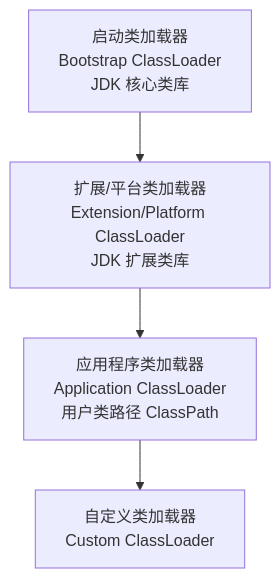
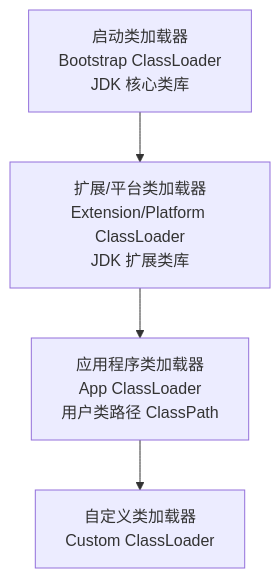
The first of 2 diagrams in docs/writings/JVM/class-loading.md (gelald/javrin), drawn with Mermaid before and after one commit. The commit also changed other lines of this file and 1 other file, not shown here.

````diff
--- a/docs/writings/JVM/class-loading.md
+++ b/docs/writings/JVM/class-loading.md
@@ -202,12 +202,12 @@
 ```mermaid
 graph TB
     Bootstrap[启动类加载器<br/>Bootstrap ClassLoader<br/>JDK 核心类库]
     
     Platform[扩展/平台类加载器<br/>Extension/Platform ClassLoader<br/>JDK 扩展类库]
     
-    App[应用程序类加载器<br/>Application ClassLoader<br/>用户类路径 ClassPath]
+    App[应用程序类加载器<br/>App ClassLoader<br/>用户类路径 ClassPath]
     
     Custom[自定义类加载器<br/>Custom ClassLoader]
     
     Bootstrap --> Platform --> App --> Custom
 ```
````
